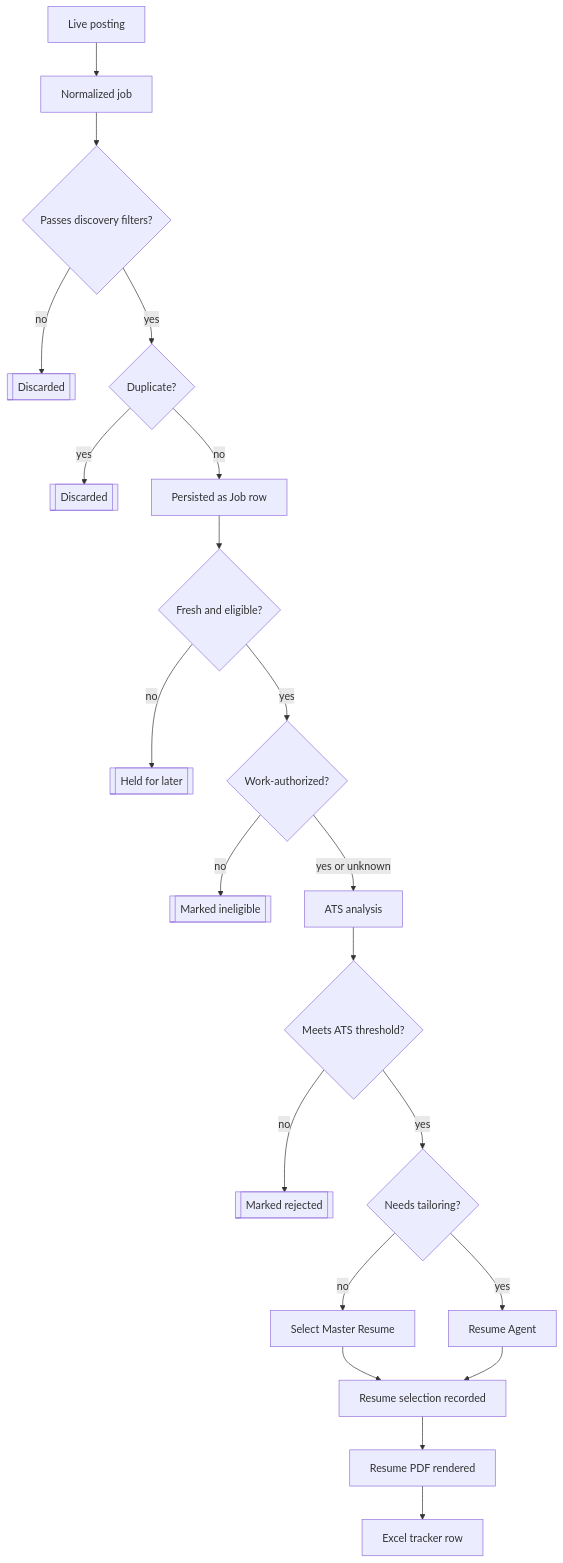
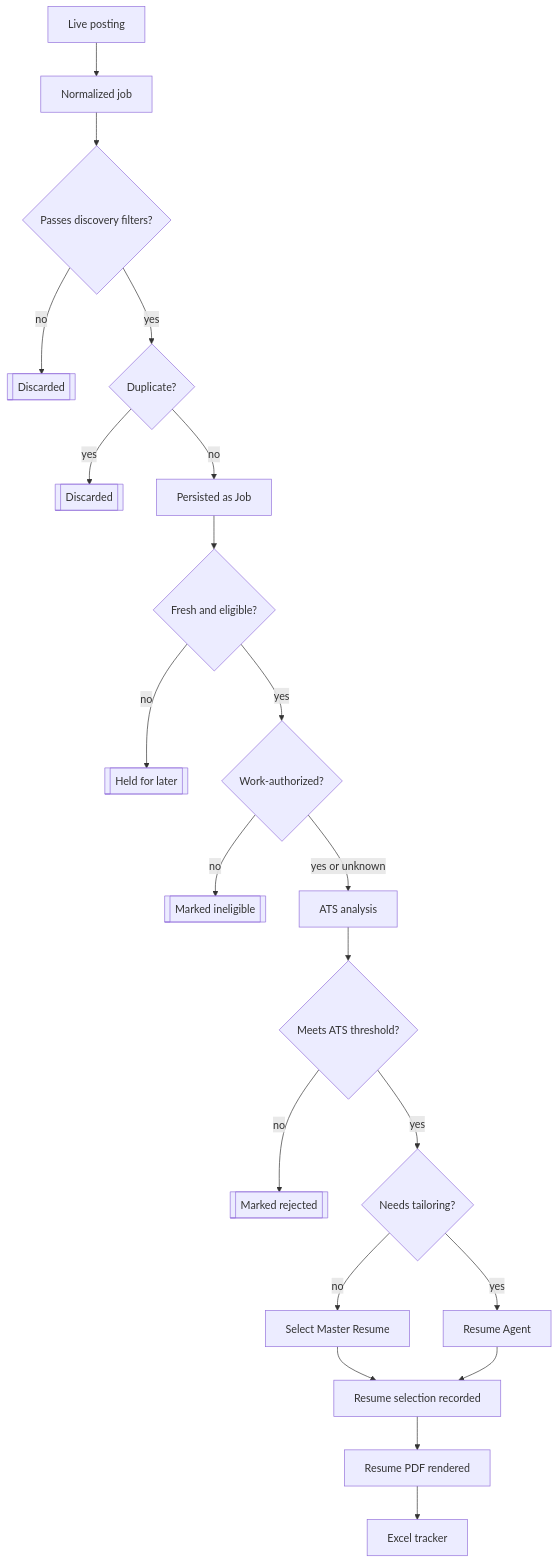
One commit to savsuth/Jobify changed the second of 2 diagrams in README.md. Above: the diagram before and after it, drawn with Mermaid.

````diff
--- a/README.md
+++ b/README.md
@@ -117,23 +117,23 @@
 ```mermaid
 flowchart TD
     A[Live posting] --> B[Normalized job]
     B --> C{Passes discovery filters?}
     C -->|no| R1[[Discarded]]
     C -->|yes| D{Duplicate?}
     D -->|yes| R2[[Discarded]]
-    D -->|no| E[Persisted as Job row]
+    D -->|no| E[Persisted as Job]
     E --> F{Fresh and eligible?}
     F -->|no| R3[[Held for later]]
     F -->|yes| G{Work-authorized?}
     G -->|no| R4[[Marked ineligible]]
     G -->|yes or unknown| H[ATS analysis]
     H --> I{Meets ATS threshold?}
     I -->|no| R5[[Marked rejected]]
     I -->|yes| J{Needs tailoring?}
     J -->|no| K[Select Master Resume]
     J -->|yes| L[Resume Agent]
     K --> M[Resume selection recorded]
     L --> M
     M --> N[Resume PDF rendered]
-    N --> O[Excel tracker row]
+    N --> O[Excel tracker]
 ```
````
